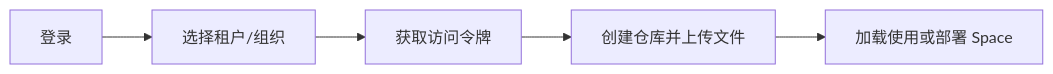
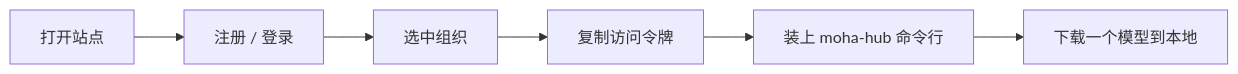
One commit to poxiaoyun/docs changed the diagram in src/pages/docs/cn/30.moha/03.quickstart/index.md. Above: the diagram before and after it, drawn with Mermaid. The commit also changed other lines of this file and 359 other files, not shown here.

````diff
--- a/src/pages/docs/cn/30.moha/03.quickstart/index.md
+++ b/src/pages/docs/cn/30.moha/03.quickstart/index.md
@@ -24,7 +26,8 @@
 ```mermaid
 flowchart LR
-    A["登录"] --> B["选择租户/组织"]
-    B --> C["获取访问令牌"]
-    C --> D["创建仓库并上传文件"]
-    D --> E["加载使用或部署 Space"]
+    A["打开站点"] --> B["注册 / 登录"]
+    B --> C["选中组织"]
+    C --> D["复制访问令牌"]
+    D --> E["装上 moha-hub 命令行"]
+    E --> F["下载一个模型到本地"]
 ```
````
